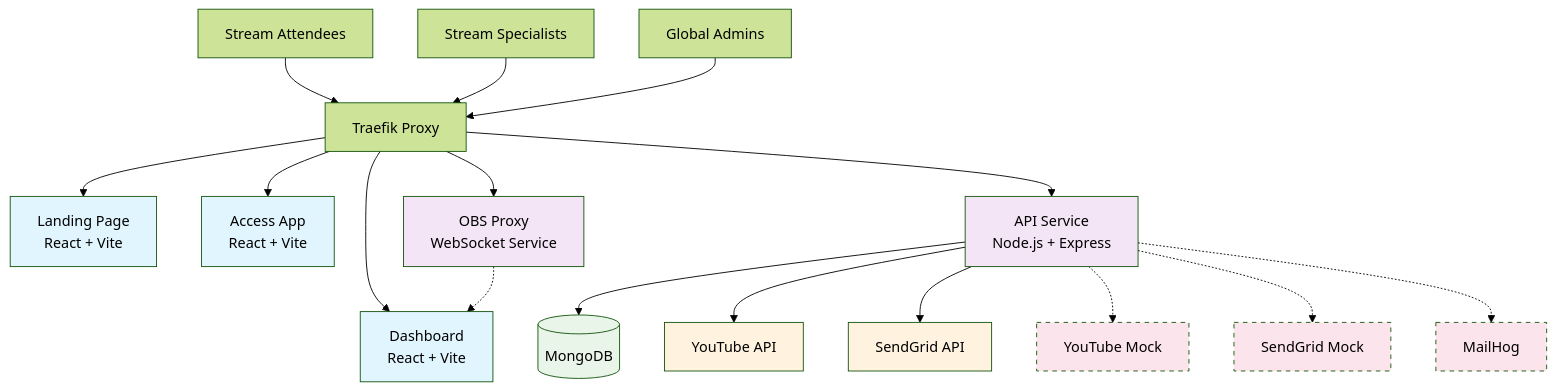
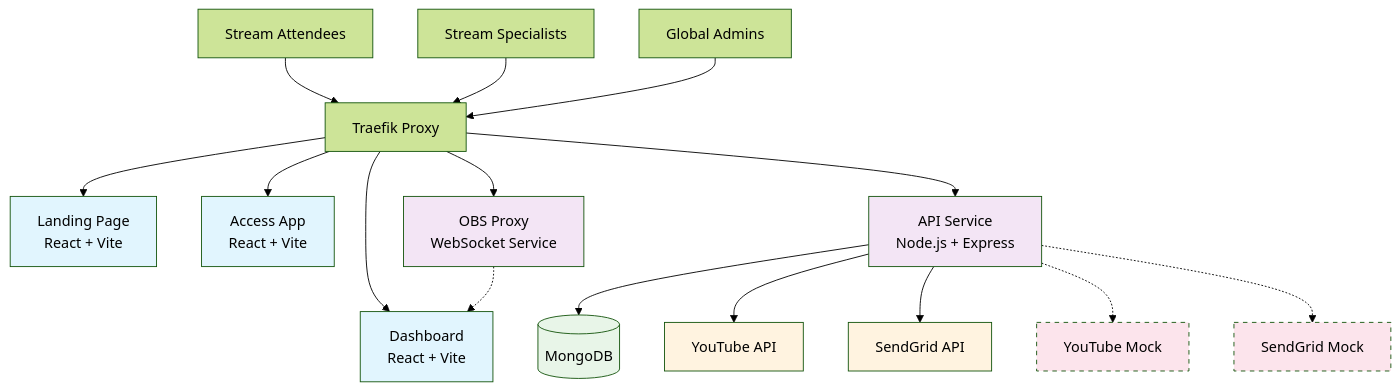
One commit to mikesir87/ldschurch-stream changed the diagram in README.md. Above: the diagram before and after it, drawn with Mermaid (forest theme). The commit also changed 3 other files, not shown here.

Commit message:
fix: remove all MailHog references and update to SendGrid Mock

````diff
--- a/README.md
+++ b/README.md
@@ -43,64 +43,62 @@
 ```mermaid
 graph TB
     %% External Services
     YT[YouTube API]
     SG[SendGrid API]
 
     %% Load Balancer
     TR[Traefik Proxy]
 
     %% Frontend Applications
     LAND[Landing Page<br/>React + Vite]
     DASH[Dashboard<br/>React + Vite]
     ACC[Access App<br/>React + Vite]
 
     %% Backend Services
     API[API Service<br/>Node.js + Express]
     OBS[OBS Proxy<br/>WebSocket Service]
 
     %% Data Layer
     DB[(MongoDB)]
 
     %% Mock Services (Development)
     YTM[YouTube Mock]
     SGM[SendGrid Mock]
-    MH[MailHog]
 
     %% User Interactions
     USERS[Stream Attendees] --> TR
     SPEC[Stream Specialists] --> TR
     ADMIN[Global Admins] --> TR
 
     %% Routing
     TR --> LAND
     TR --> DASH
     TR --> ACC
     TR --> API
     TR --> OBS
 
     %% API Dependencies
     API --> DB
     API --> YT
     API --> SG
 
     %% Development Mocks
     API -.-> YTM
     API -.-> SGM
-    API -.-> MH
 
     %% WebSocket Connections
     OBS -.-> DASH
 
     %% Styling
     classDef frontend fill:#e1f5fe
     classDef backend fill:#f3e5f5
     classDef data fill:#e8f5e8
     classDef external fill:#fff3e0
     classDef mock fill:#fce4ec,stroke-dasharray: 5 5
 
     class LAND,DASH,ACC frontend
     class API,OBS backend
     class DB data
     class YT,SG external
-    class YTM,SGM,MH mock
+    class YTM,SGM mock
 ```
````
